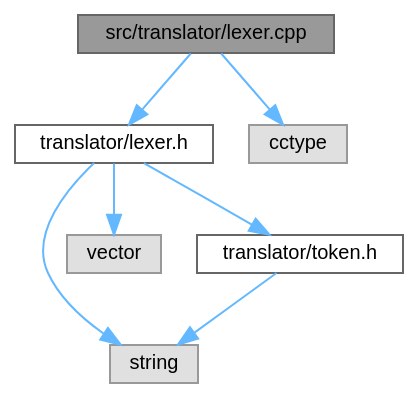
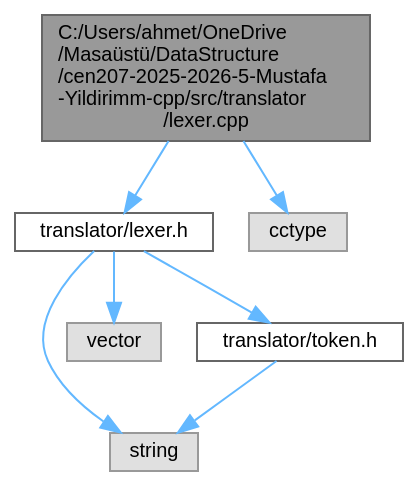
One commit to mustafayldrnn/cen207-2025-2026-5-Mustafa-Yildirimm-cpp changed the diagram in docs/doxygenlibwin/rtf/lexer_8cpp__incl.dot. Above: the diagram before and after it, drawn with Graphviz. The commit also changed 1110 other files, not shown here.

```diff
--- a/docs/doxygenlibwin/rtf/lexer_8cpp__incl.dot
+++ b/docs/doxygenlibwin/rtf/lexer_8cpp__incl.dot
@@ -1,20 +1,20 @@
-digraph "src/translator/lexer.cpp"
+digraph "C:/Users/ahmet/OneDrive/Masaüstü/DataStructure/cen207-2025-2026-5-Mustafa-Yildirimm-cpp/src/translator/lexer.cpp"
 {
  // INTERACTIVE_SVG=YES
  // LATEX_PDF_SIZE
   bgcolor="transparent";
   edge [fontname=Helvetica,fontsize=10,labelfontname=Helvetica,labelfontsize=10];
   node [fontname=Helvetica,fontsize=10,shape=box,height=0.2,width=0.4];
-  Node1 [id="Node000001",label="src/translator/lexer.cpp",height=0.2,width=0.4,color="gray40", fillcolor="grey60", style="filled", fontcolor="black",tooltip="Lexer uygulaması: girdi kaynağını Token listesine dönüştürür."];
+  Node1 [id="Node000001",label="C:/Users/ahmet/OneDrive\l/Masaüstü/DataStructure\l/cen207-2025-2026-5-Mustafa\l-Yildirimm-cpp/src/translator\l/lexer.cpp",height=0.2,width=0.4,color="gray40", fillcolor="grey60", style="filled", fontcolor="black",tooltip="Lexer uygulaması: girdi kaynağını Token listesine dönüştürür."];
   Node1 -> Node2 [id="edge13_Node000001_Node000002",color="steelblue1",style="solid",tooltip=" "];
   Node2 [id="Node000002",label="translator/lexer.h",height=0.2,width=0.4,color="grey40", fillcolor="white", style="filled",URL="$lexer_8h.html",tooltip="BASIC benzeri dil için leksik analizci arabirimi."];
   Node2 -> Node3 [id="edge14_Node000002_Node000003",color="steelblue1",style="solid",tooltip=" "];
   Node3 [id="Node000003",label="string",height=0.2,width=0.4,color="grey60", fillcolor="#E0E0E0", style="filled",tooltip=" "];
   Node2 -> Node4 [id="edge15_Node000002_Node000004",color="steelblue1",style="solid",tooltip=" "];
   Node4 [id="Node000004",label="vector",height=0.2,width=0.4,color="grey60", fillcolor="#E0E0E0", style="filled",tooltip=" "];
   Node2 -> Node5 [id="edge16_Node000002_Node000005",color="steelblue1",style="solid",tooltip=" "];
   Node5 [id="Node000005",label="translator/token.h",height=0.2,width=0.4,color="grey40", fillcolor="white", style="filled",URL="$token_8h.html",tooltip="Leksik belirteç türleri ve veri yapısı"];
   Node5 -> Node3 [id="edge17_Node000005_Node000003",color="steelblue1",style="solid",tooltip=" "];
   Node1 -> Node6 [id="edge18_Node000001_Node000006",color="steelblue1",style="solid",tooltip=" "];
   Node6 [id="Node000006",label="cctype",height=0.2,width=0.4,color="grey60", fillcolor="#E0E0E0", style="filled",tooltip=" "];
 }
```
